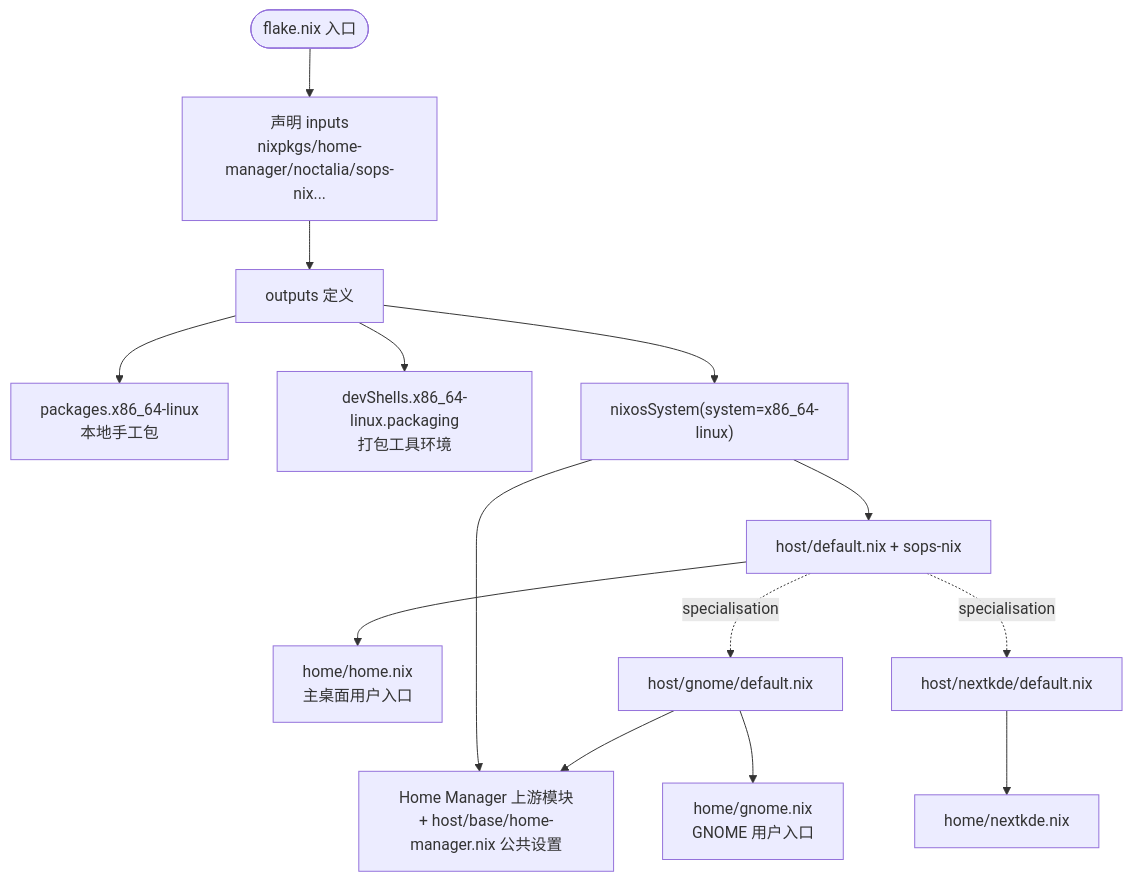
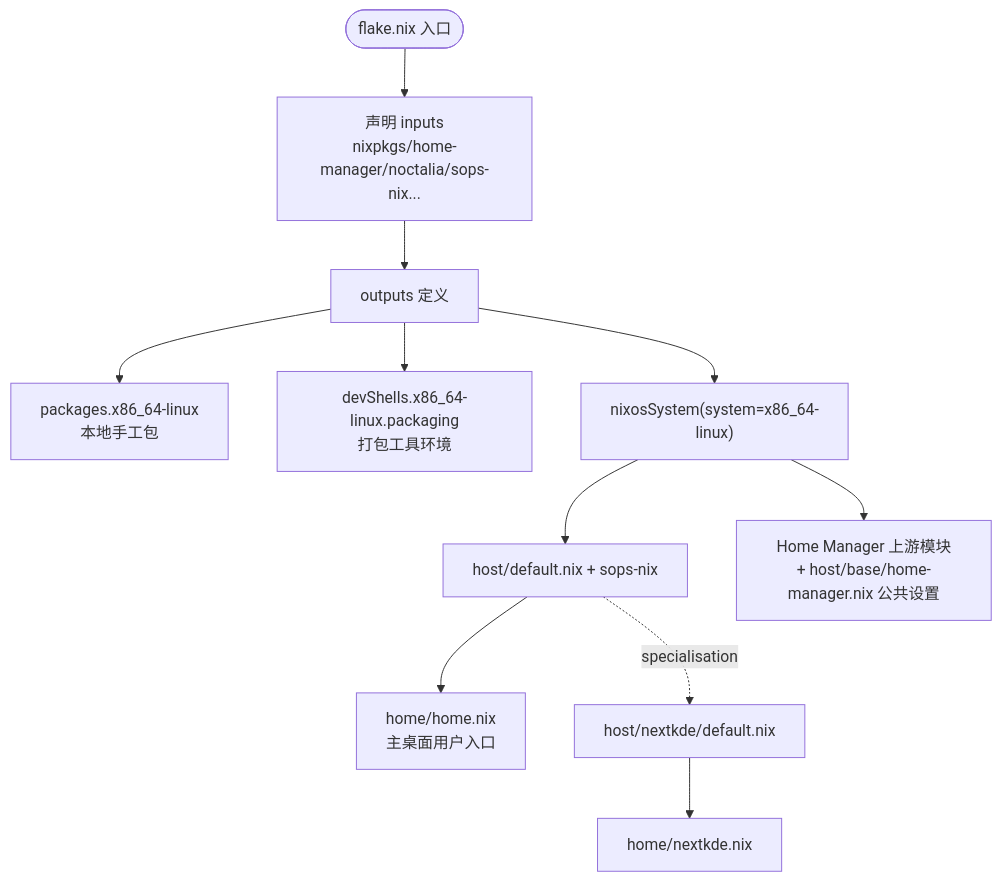
The first of 3 diagrams in wiki/architecture/flake.md (Shangshui0302/myNixOSConfig), drawn with Mermaid before and after one commit. The commit also changed other lines of this file and 57 other files, not shown here.

````diff
--- a/wiki/architecture/flake.md
+++ b/wiki/architecture/flake.md
@@ -55,16 +55,13 @@
 ```mermaid
 flowchart TD
 Start(["flake.nix 入口"]) --> Inputs["声明 inputs<br/>nixpkgs/home-manager/noctalia/sops-nix..."]
 Inputs --> Outputs["outputs 定义"]
 Outputs --> Packages["packages.x86_64-linux<br/>本地手工包"]
 Outputs --> DevShell["devShells.x86_64-linux.packaging<br/>打包工具环境"]
 Outputs --> NixOS["nixosSystem(system=x86_64-linux)"]
 NixOS --> Host["host/default.nix + sops-nix"]
 NixOS --> Shared["Home Manager 上游模块<br/>+ host/base/home-manager.nix 公共设置"]
 Host --> MainHome["home/home.nix<br/>主桌面用户入口"]
-Host -. specialisation .-> Gnome["host/gnome/default.nix"]
 Host -. specialisation .-> NextKDE["host/nextkde/default.nix"]
 NextKDE --> NextHome["home/nextkde.nix"]
-Gnome --> Shared
-Gnome --> GnomeHome["home/gnome.nix<br/>GNOME 用户入口"]
 ```
````
